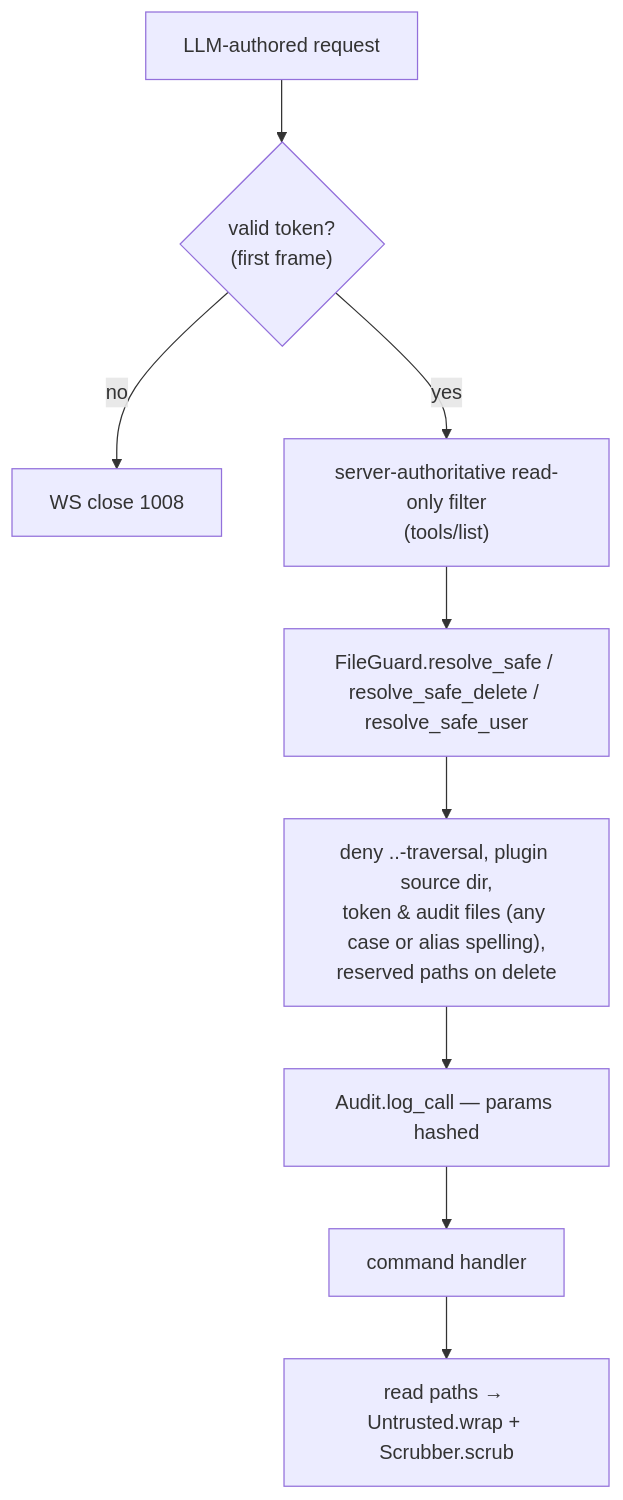
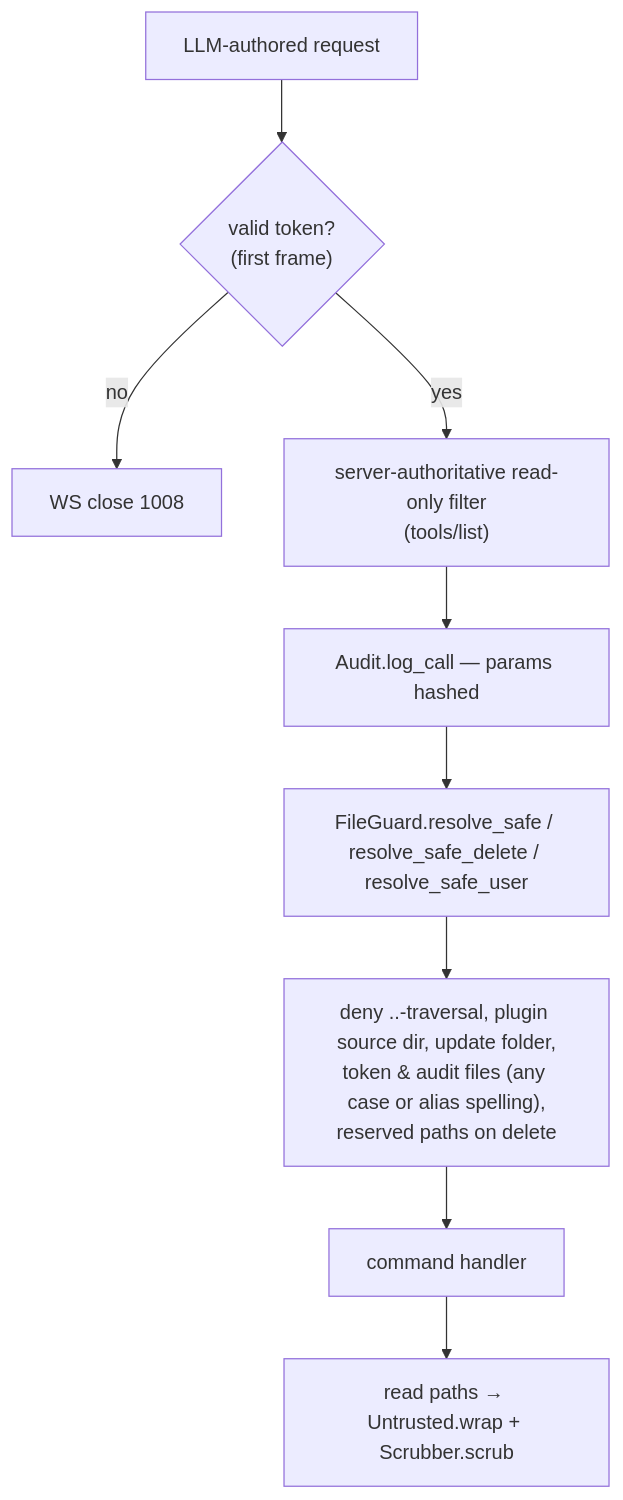
Diagram 13 of 13 in docs/architecture/README.md (NPGameDev/godot-mcp-toolkit), drawn with Mermaid before and after one commit. The commit also changed other lines of this file, not shown here.

First line of the commit message:
docs(architecture): re-attest the if_exists and trust-boundary figures

````diff
--- a/docs/architecture/README.md
+++ b/docs/architecture/README.md
@@ -717,11 +717,11 @@
 ```mermaid
 flowchart TD
     llm["LLM-authored request"] --> token{"valid token?<br/>(first frame)"}
     token -->|no| close["WS close 1008"]
     token -->|yes| filter["server-authoritative read-only filter<br/>(tools/list)"]
-    filter --> guard["FileGuard.resolve_safe / resolve_safe_delete / resolve_safe_user"]
-    guard --> deny["deny ..-traversal, plugin source dir,<br/>token & audit files (any case or alias spelling),<br/>reserved paths on delete"]
-    deny --> audit["Audit.log_call — params hashed"]
-    audit --> handler["command handler"]
+    filter --> audit["Audit.log_call — params hashed"]
+    audit --> guard["FileGuard.resolve_safe / resolve_safe_delete / resolve_safe_user"]
+    guard --> deny["deny ..-traversal, plugin source dir, update folder,<br/>token & audit files (any case or alias spelling),<br/>reserved paths on delete"]
+    deny --> handler["command handler"]
     handler --> wrap["read paths → Untrusted.wrap + Scrubber.scrub"]
 ```
````
